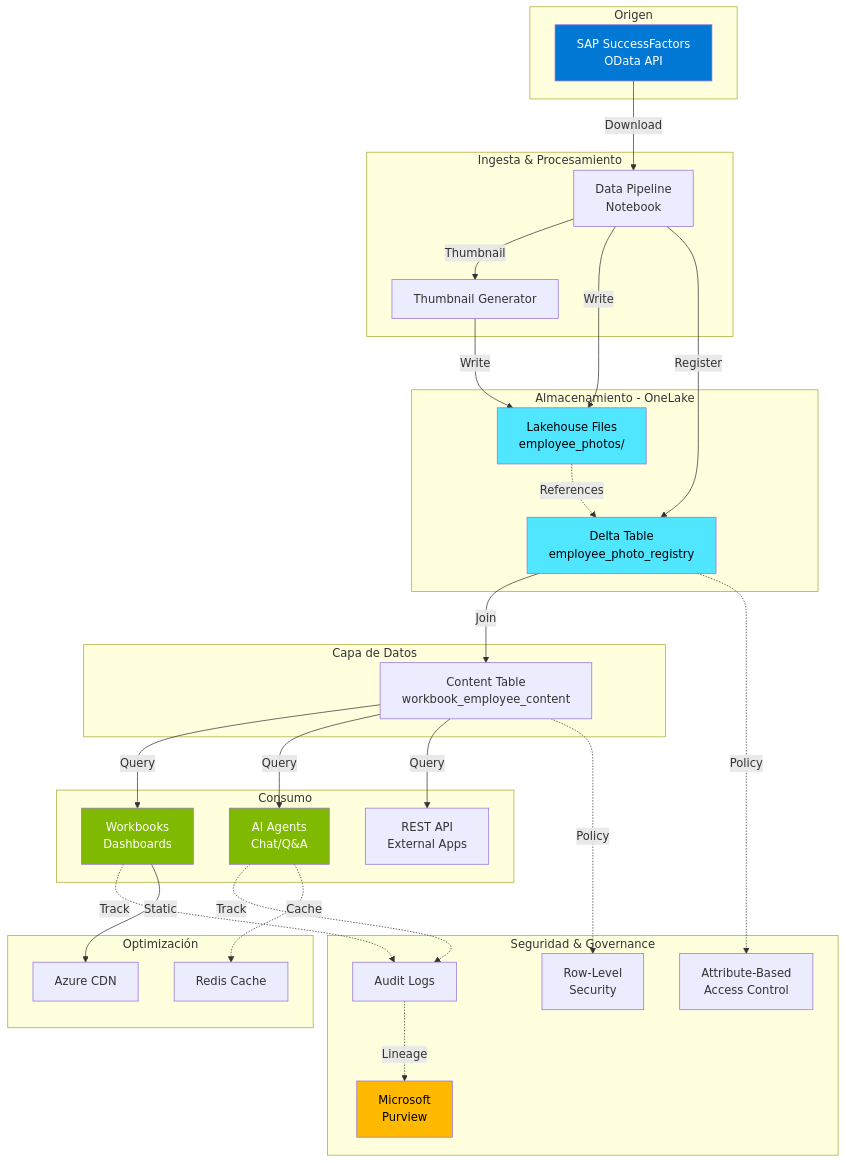
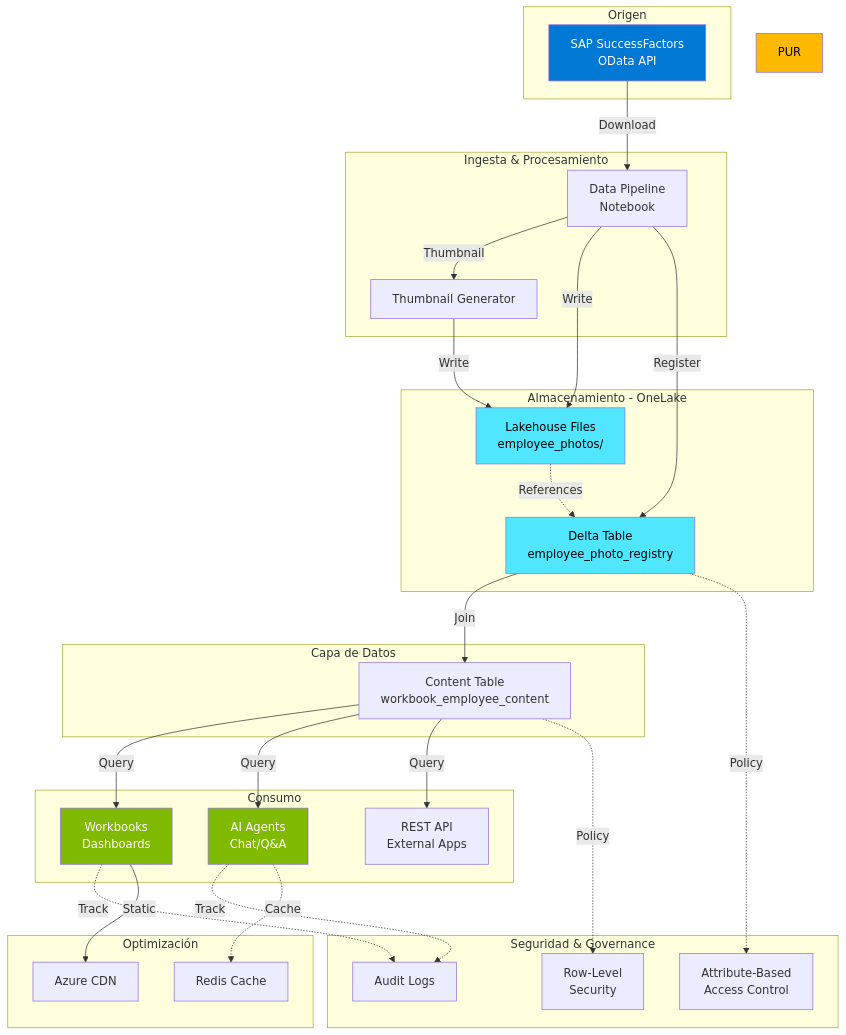
Before and after one commit to RogerMicrosoftCode/APP_Fabric_IMG64: the fourth of 4 diagrams in ANALISIS_TECNICO_ARQUITECTURA.md, drawn with Mermaid. The commit also changed other lines of this file and 6 other files, not shown here.

````diff
--- a/ANALISIS_TECNICO_ARQUITECTURA.md
+++ b/ANALISIS_TECNICO_ARQUITECTURA.md
@@ -1328,63 +1165,61 @@
 ```mermaid
 graph TB
     subgraph "Origen"
         SF[SAP SuccessFactors<br/>OData API]
     end
     
     subgraph "Ingesta & Procesamiento"
         DP[Data Pipeline<br/>Notebook]
         DP -->|Thumbnail| TG[Thumbnail Generator]
     end
     
     subgraph "Almacenamiento - OneLake"
         LH_F[Lakehouse Files<br/>employee_photos/]
         LH_T[Delta Table<br/>employee_photo_registry]
         LH_F -.->|References| LH_T
     end
     
     subgraph "Capa de Datos"
         CT[Content Table<br/>workbook_employee_content]
         LH_T -->|Join| CT
     end
     
     subgraph "Consumo"
         WB[Workbooks<br/>Dashboards]
         AG[AI Agents<br/>Chat/Q&A]
         API[REST API<br/>External Apps]
         CT -->|Query| WB
         CT -->|Query| AG
         CT -->|Query| API
     end
     
     subgraph "Seguridad & Governance"
         RLS[Row-Level<br/>Security]
         ABAC[Attribute-Based<br/>Access Control]
         AUD[Audit Logs]
-        PUR[Microsoft<br/>Purview]
         
         CT -.->|Policy| RLS
         LH_T -.->|Policy| ABAC
         WB -.->|Track| AUD
         AG -.->|Track| AUD
-        AUD -.->|Lineage| PUR
     end
     
     subgraph "Optimización"
         CACHE[Redis Cache]
         CDN[Azure CDN]
         AG -.->|Cache| CACHE
         WB -->|Static| CDN
     end
     
     SF -->|Download| DP
     DP -->|Write| LH_F
     DP -->|Register| LH_T
     TG -->|Write| LH_F
     
     style SF fill:#0078D4,color:#fff
     style LH_F fill:#50E6FF,color:#000
     style LH_T fill:#50E6FF,color:#000
     style WB fill:#7FBA00,color:#fff
     style AG fill:#7FBA00,color:#fff
     style PUR fill:#FFB900,color:#000
 ```
````
